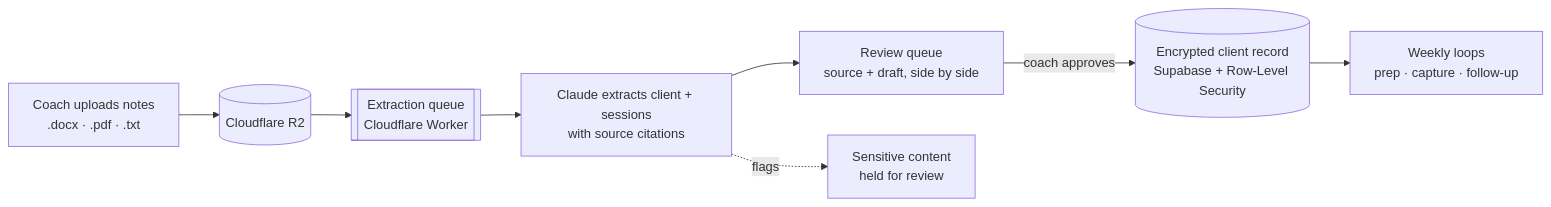
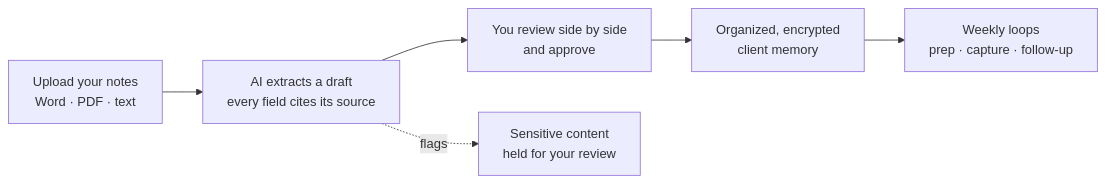
The diagram in README.md (SFX-TECH/coachfile-showcase), drawn with Mermaid before and after one commit. The commit also changed other lines of this file and 3 other files, not shown here.

Commit message:
Add demo video + generalize architecture (trade-secret polish)

````diff
--- a/README.md
+++ b/README.md
@@ -29,10 +34,8 @@
 ```mermaid
 flowchart LR
-    UP["Coach uploads notes<br/>.docx · .pdf · .txt"] --> R2[("Cloudflare R2")]
-    R2 --> Q[["Extraction queue<br/>Cloudflare Worker"]]
-    Q --> EX["Claude extracts client + sessions<br/>with source citations"]
-    EX --> RV["Review queue<br/>source + draft, side by side"]
-    RV -->|coach approves| DB[("Encrypted client record<br/>Supabase + Row-Level Security")]
-    EX -. flags .-> SENS["Sensitive content<br/>held for review"]
+    UP["Upload your notes<br/>Word · PDF · text"] --> EX["AI extracts a draft<br/>every field cites its source"]
+    EX --> RV["You review side by side<br/>and approve"]
+    RV --> DB["Organized, encrypted<br/>client memory"]
     DB --> LOOPS["Weekly loops<br/>prep · capture · follow-up"]
+    EX -. flags .-> SENS["Sensitive content<br/>held for your review"]
 ```
````
